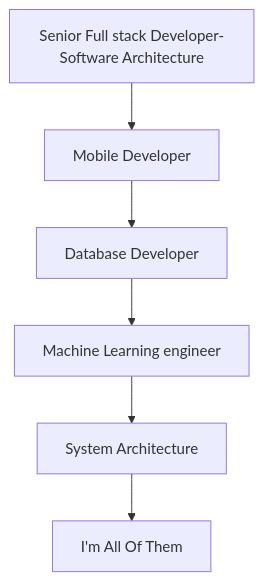
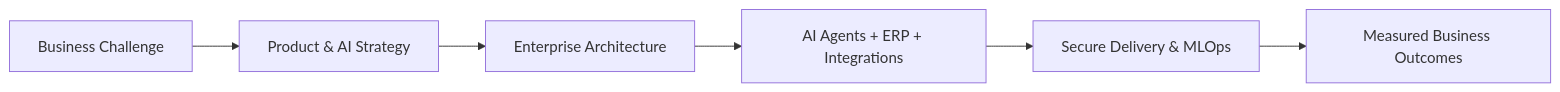
The first of 2 diagrams in README.md (saskw2010/saskw2010), drawn with Mermaid before and after one commit. The commit also changed other lines of this file and 39 other files, not shown here.

````diff
--- a/README.md
+++ b/README.md
@@ -221,9 +63,8 @@
 ```mermaid
-	graph TD;
-  	 	A[Senior Full stack Developer-Software Architecture]-->B[Mobile Developer];
-   	 	B-->C[Database Developer];
-	 	C-->D[Machine Learning engineer];
-	 	D-->E[System Architecture];
-		E-->F[I'm  All Of Them ];
-		
+flowchart LR
+    A[Business Challenge] --> B[Product & AI Strategy]
+    B --> C[Enterprise Architecture]
+    C --> D[AI Agents + ERP + Integrations]
+    D --> E[Secure Delivery & MLOps]
+    E --> F[Measured Business Outcomes]
 ```
````
